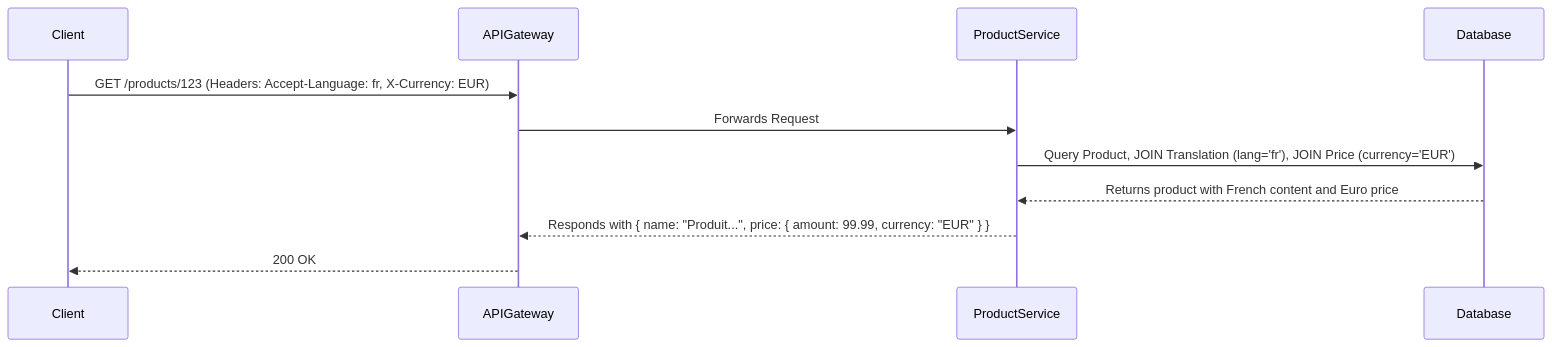
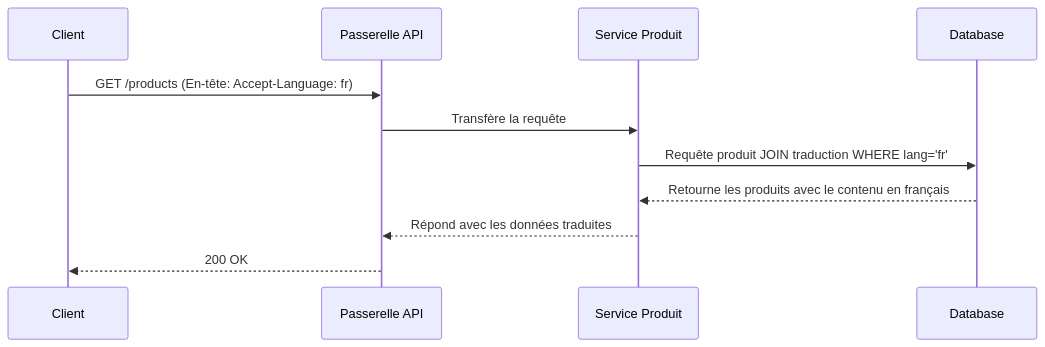
One commit to HarcheSamir/esisba-lirmm-ecommerce changed the fourth of 4 diagrams in i18n.md. Above: the diagram before and after it, drawn with Mermaid. The commit also changed other lines of this file, not shown here.

````diff
--- a/i18n.md
+++ b/i18n.md
@@ -89,14 +97,14 @@
 ```mermaid
 sequenceDiagram
     participant Client
-    participant APIGateway
-    participant ProductService
+    participant APIGateway as Passerelle API
+    participant ProductService as Service Produit
     participant Database
 
-    Client->>APIGateway: GET /products/123 (Headers: Accept-Language: fr, X-Currency: EUR)
-    APIGateway->>ProductService: Forwards Request
-    ProductService->>Database: Query Product, JOIN Translation (lang='fr'), JOIN Price (currency='EUR')
-    Database-->>ProductService: Returns product with French content and Euro price
-    ProductService-->>APIGateway: Responds with { name: "Produit...", price: { amount: 99.99, currency: "EUR" } }
+    Client->>APIGateway: GET /products (En-tête: Accept-Language: fr)
+    APIGateway->>ProductService: Transfère la requête
+    ProductService->>Database: Requête produit JOIN traduction WHERE lang='fr'
+    Database-->>ProductService: Retourne les produits avec le contenu en français
+    ProductService-->>APIGateway: Répond avec les données traduites
     APIGateway-->>Client: 200 OK
 ```
````
